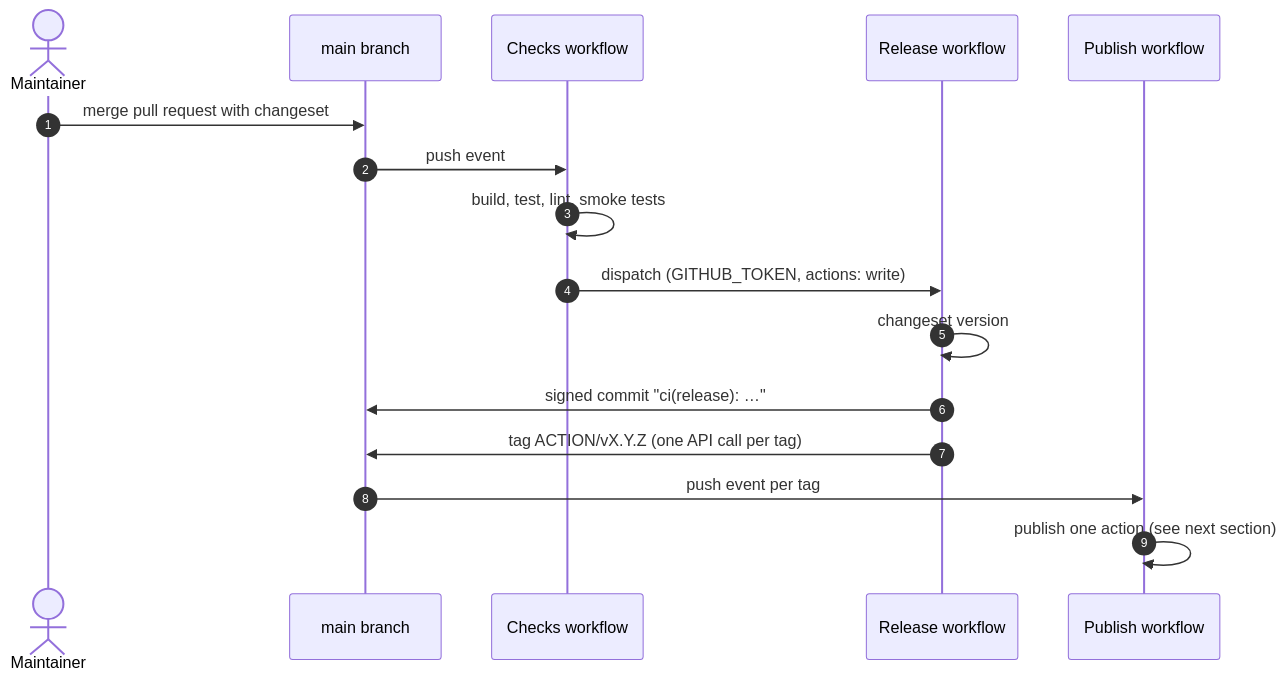
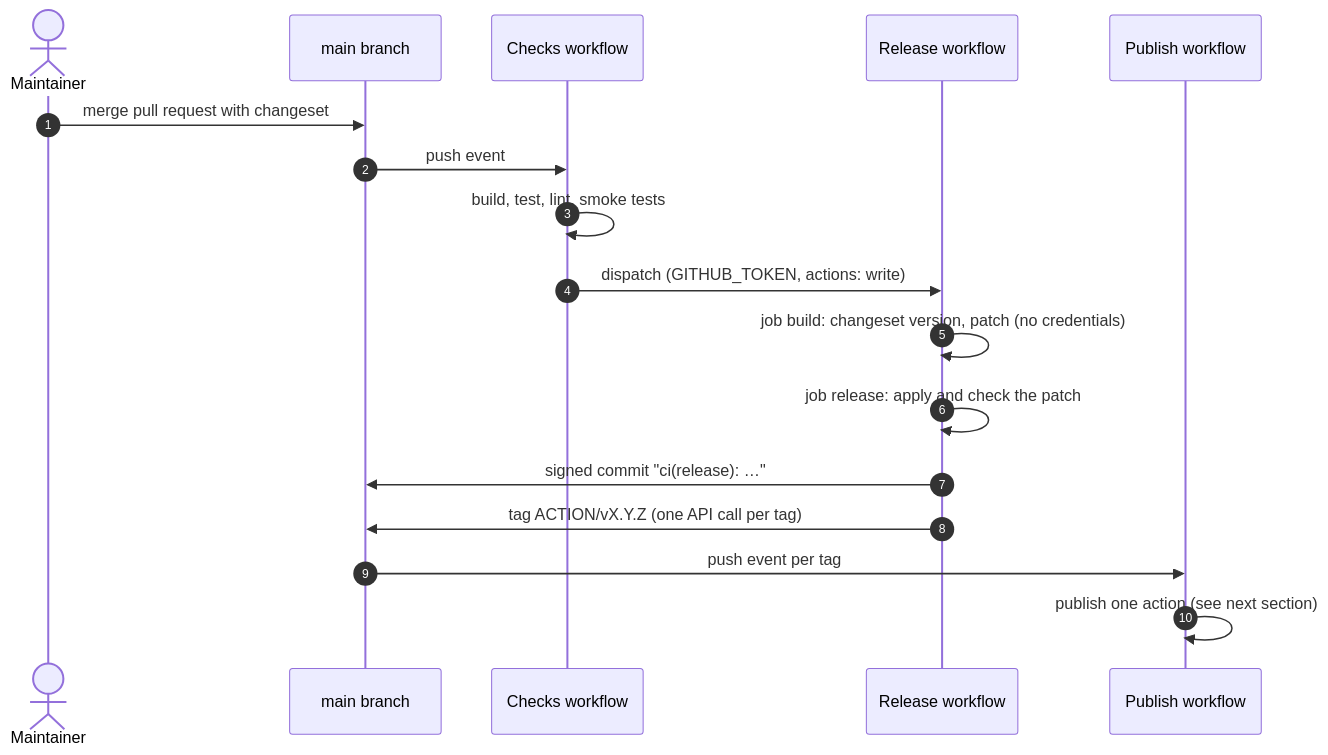
The second of 7 diagrams in ARCHITECTURE.md (simbo-actions/actions), drawn with Mermaid before and after one commit. The commit also changed other lines of this file and 11 other files, not shown here.

First line of the commit message:
ci(repo): build without credentials, use credentials without npm code

````diff
--- a/ARCHITECTURE.md
+++ b/ARCHITECTURE.md
@@ -125,19 +125,20 @@
 ```mermaid
 sequenceDiagram
   autonumber
   actor dev as Maintainer
   participant main as main branch
   participant checks as Checks workflow
   participant release as Release workflow
   participant publish as Publish workflow
 
   dev->>main: merge pull request with changeset
   main->>checks: push event
   checks->>checks: build, test, lint, smoke tests
   checks->>release: dispatch (GITHUB_TOKEN, actions: write)
-  release->>release: changeset version
+  release->>release: job build: changeset version, patch (no credentials)
+  release->>release: job release: apply and check the patch
   release->>main: signed commit "ci(release): …"
   release->>main: tag ACTION/vX.Y.Z (one API call per tag)
   main->>publish: push event per tag
   publish->>publish: publish one action (see next section)
 ```
````
